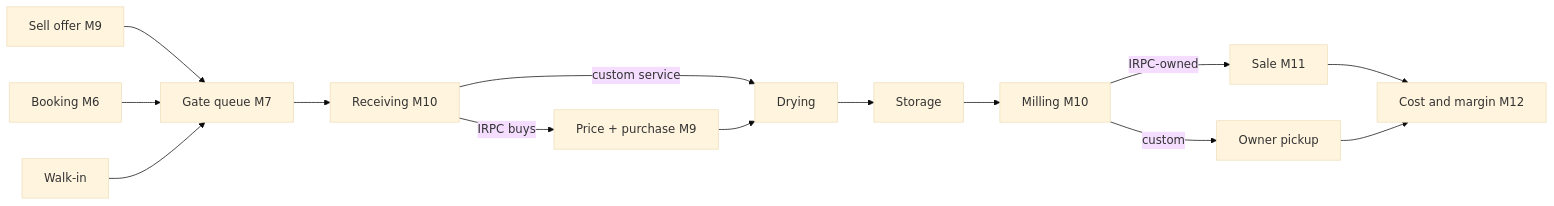
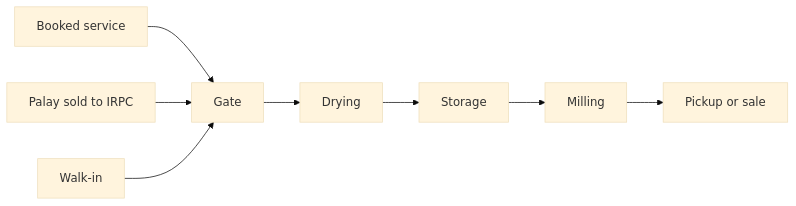
The fourth of 6 diagrams in PRD.md (andrianllmm/hack-iloilo), drawn with Mermaid (base theme) before and after one commit. The commit also changed other lines of this file and 2 other files, not shown here.

````diff
--- a/PRD.md
+++ b/PRD.md
@@ -88,14 +104,7 @@
 ```mermaid
 flowchart LR
-  offer[Sell offer M9] --> gate
-  booking[Booking M6] --> gate
-  walkin[Walk-in] --> gate
-  gate[Gate queue M7] --> recv[Receiving M10]
-  recv -->|IRPC buys| buy[Price + purchase M9]
-  recv -->|custom service| dry
-  buy --> dry[Drying] --> store[Storage] --> mill[Milling M10]
-  mill -->|IRPC-owned| sale[Sale M11]
-  mill -->|custom| pickup[Owner pickup]
-  sale --> cost[Cost and margin M12]
-  pickup --> cost
+  book[Booked service] --> gate[Gate]
+  sell[Palay sold to IRPC] --> gate
+  walk[Walk-in] --> gate
+  gate --> dry[Drying] --> store[Storage] --> mill[Milling] --> out[Pickup or sale]
 ```
````
